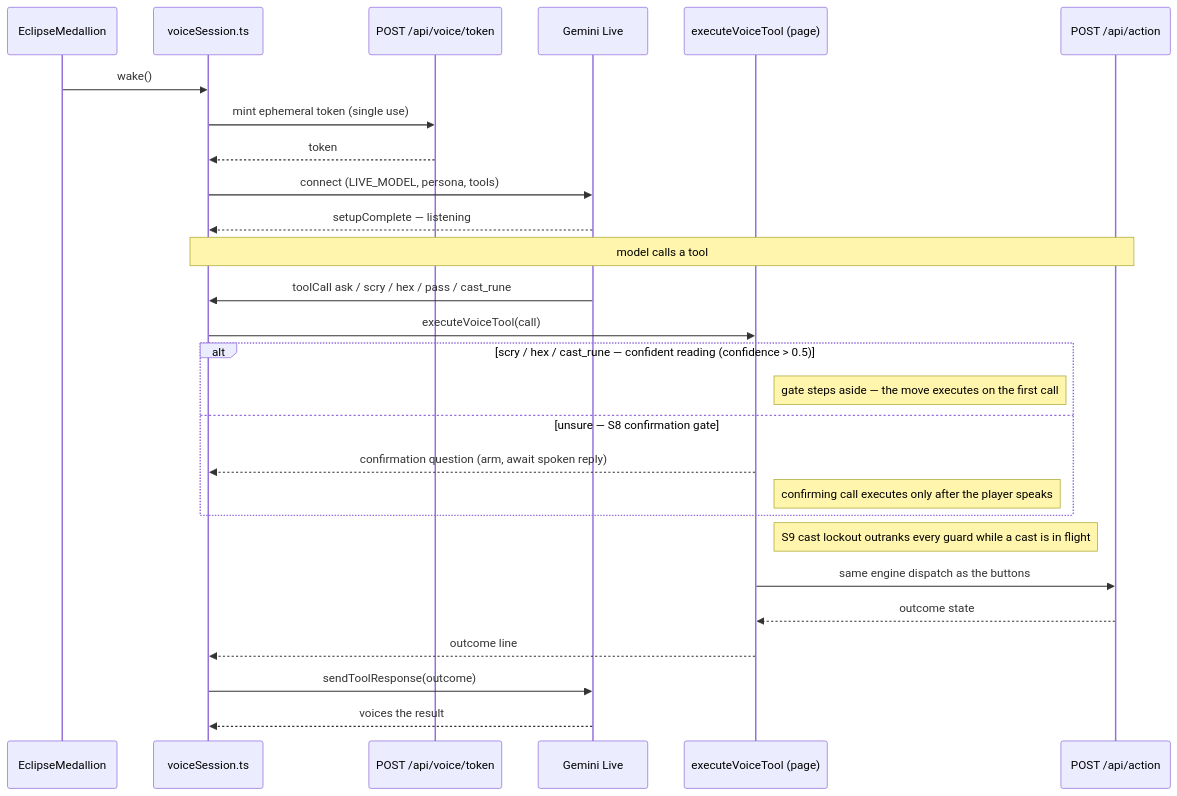
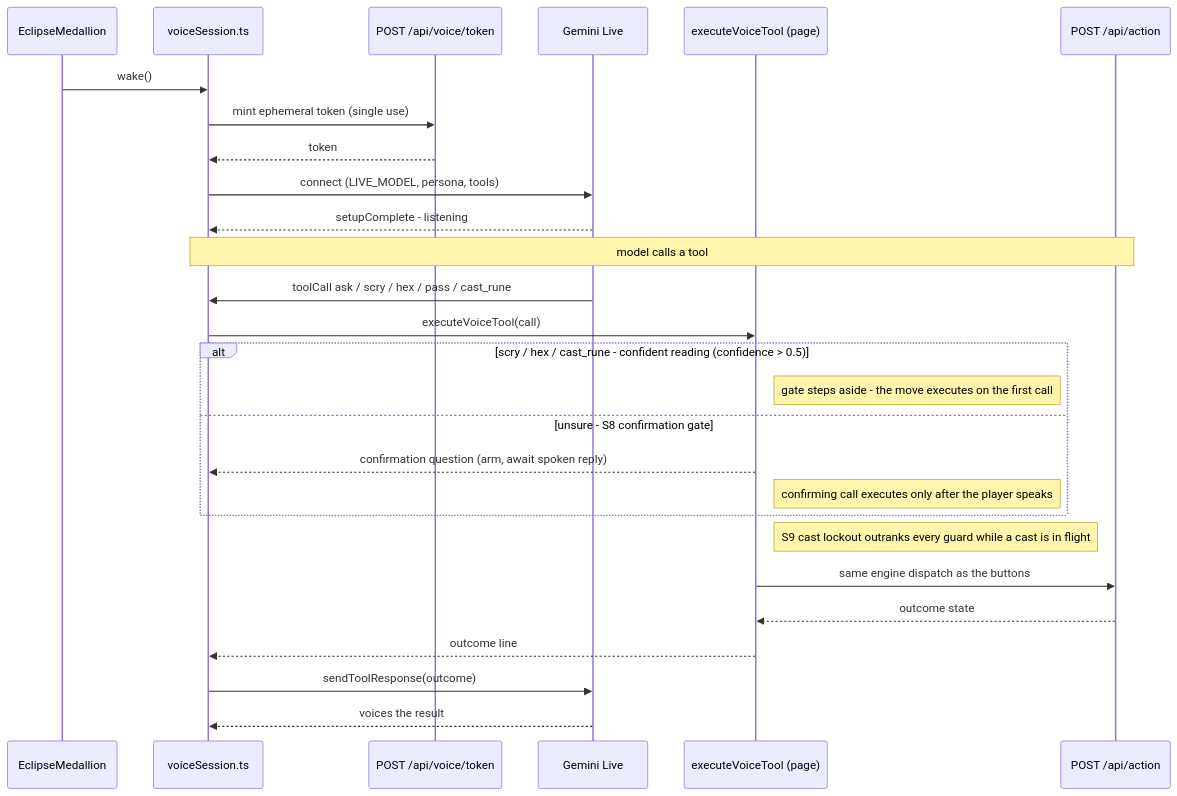
One commit to anchildress1/save-the-sun changed the fourth of 5 diagrams in docs/architecture.md. Above: the diagram before and after it, drawn with Mermaid. The commit also changed other lines of this file and 15 other files, not shown here.

````diff
--- a/docs/architecture.md
+++ b/docs/architecture.md
@@ -124,37 +154,37 @@
 ```mermaid
 sequenceDiagram
-    accTitle: Voice Live session and tool-call loop
+    accTitle: Voice input - Live session and tool-call loop
     accDescr: A medallion wake mints a token, connects the Gemini Live session, and the model calls game tools that the page executor runs through the same engine dispatch as the buttons, then voices the result.
 
     participant Medallion as EclipseMedallion
     participant Voice as voiceSession.ts
     participant Token as POST /api/voice/token
     participant Live as Gemini Live
     participant Exec as executeVoiceTool (page)
     participant Action as POST /api/action
 
     Medallion->>Voice: wake()
     Voice->>Token: mint ephemeral token (single use)
     Token-->>Voice: token
     Voice->>Live: connect (LIVE_MODEL, persona, tools)
-    Live-->>Voice: setupComplete — listening
+    Live-->>Voice: setupComplete - listening
 
     Note over Voice,Action: model calls a tool
     Live->>Voice: toolCall ask / scry / hex / pass / cast_rune
     Voice->>Exec: executeVoiceTool(call)
 
-    alt scry / hex / cast_rune — confident reading (confidence > 0.5)
-        Note right of Exec: gate steps aside — the move executes on the first call
-    else unsure — S8 confirmation gate
+    alt scry / hex / cast_rune - confident reading (confidence > 0.5)
+        Note right of Exec: gate steps aside - the move executes on the first call
+    else unsure - S8 confirmation gate
         Exec-->>Voice: confirmation question (arm, await spoken reply)
         Note right of Exec: confirming call executes only after the player speaks
     end
 
     Note right of Exec: S9 cast lockout outranks every guard while a cast is in flight
 
     Exec->>Action: same engine dispatch as the buttons
     Action-->>Exec: outcome state
     Exec-->>Voice: outcome line
     Voice->>Live: sendToolResponse(outcome)
     Live-->>Voice: voices the result
 ```
````
